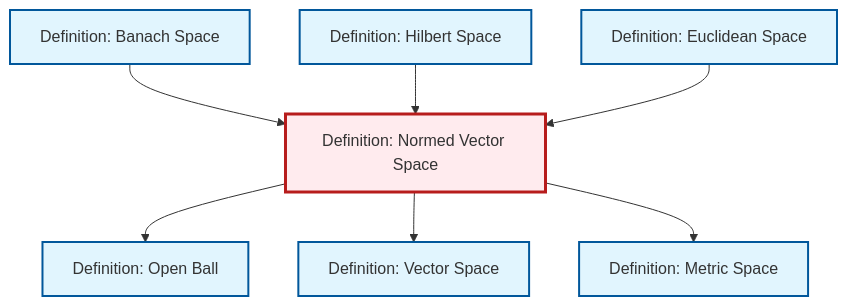
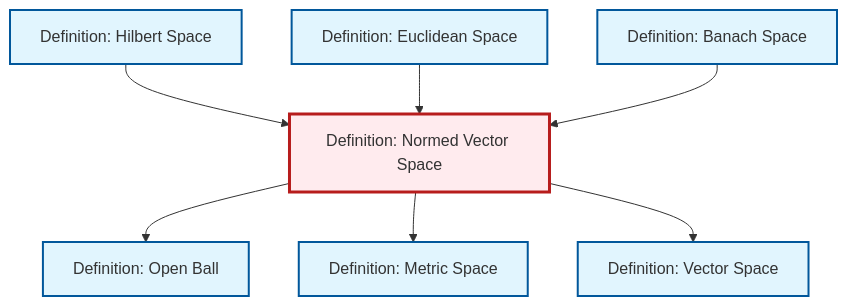
Before and after one commit to RK0429/ModernMath: the diagram in content/en/analysis/def-normed-vector-space.qmd, drawn with Mermaid. The commit also changed other lines of this file and 328 other files, not shown here.

````diff
--- a/content/en/analysis/def-normed-vector-space.qmd
+++ b/content/en/analysis/def-normed-vector-space.qmd
@@ -132,29 +132,29 @@
 ```{mermaid}
 %%| fig-cap: "Local dependency graph"
 graph TD
     classDef definition fill:#e1f5fe,stroke:#01579b,stroke-width:2px
     classDef theorem fill:#f3e5f5,stroke:#4a148c,stroke-width:2px
     classDef axiom fill:#fff3e0,stroke:#e65100,stroke-width:2px
     classDef example fill:#e8f5e9,stroke:#1b5e20,stroke-width:2px
     classDef current fill:#ffebee,stroke:#b71c1c,stroke-width:3px
+    def-open-ball["Definition: Open Ball"]:::definition
+    def-vector-space["Definition: Vector Space"]:::definition
+    def-hilbert-space["Definition: Hilbert Space"]:::definition
+    def-normed-vector-space["Definition: Normed Vector Space"]:::definition
+    def-euclidean-space["Definition: Euclidean Space"]:::definition
+    def-banach-space["Definition: Banach Space"]:::definition
     def-metric-space["Definition: Metric Space"]:::definition
-    def-hilbert-space["Definition: Hilbert Space"]:::definition
-    def-open-ball["Definition: Open Ball"]:::definition
-    def-normed-vector-space["Definition: Normed Vector Space"]:::definition
-    def-banach-space["Definition: Banach Space"]:::definition
-    def-vector-space["Definition: Vector Space"]:::definition
-    def-euclidean-space["Definition: Euclidean Space"]:::definition
+    def-normed-vector-space --> def-open-ball
+    def-hilbert-space --> def-normed-vector-space
+    def-normed-vector-space --> def-metric-space
+    def-euclidean-space --> def-normed-vector-space
     def-banach-space --> def-normed-vector-space
-    def-normed-vector-space --> def-open-ball
     def-normed-vector-space --> def-vector-space
-    def-hilbert-space --> def-normed-vector-space
-    def-euclidean-space --> def-normed-vector-space
-    def-normed-vector-space --> def-metric-space
     class def-normed-vector-space current
+    click def-open-ball "def-open-ball.html" "Go to Open Ball definition"
+    click def-vector-space "def-vector-space.html" "Go to Vector Space definition"
+    click def-hilbert-space "def-hilbert-space.html" "Go to Hilbert Space definition"
+    click def-euclidean-space "def-euclidean-space.html" "Go to Euclidean Space definition"
+    click def-banach-space "def-banach-space.html" "Go to Banach Space definition"
     click def-metric-space "def-metric-space.html" "Go to Metric Space definition"
-    click def-hilbert-space "def-hilbert-space.html" "Go to Hilbert Space definition"
-    click def-open-ball "def-open-ball.html" "Go to Open Ball definition"
-    click def-banach-space "def-banach-space.html" "Go to Banach Space definition"
-    click def-vector-space "def-vector-space.html" "Go to Vector Space definition"
-    click def-euclidean-space "def-euclidean-space.html" "Go to Euclidean Space definition"
 ```
````
